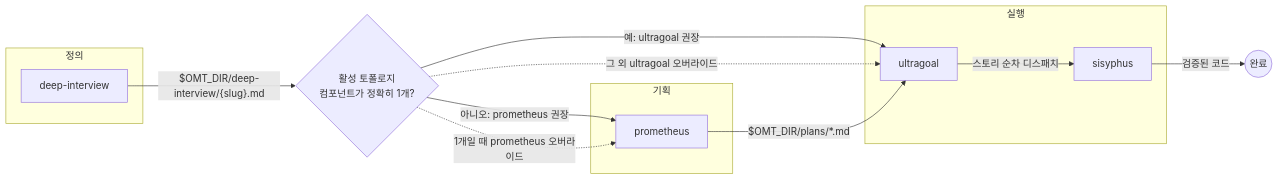
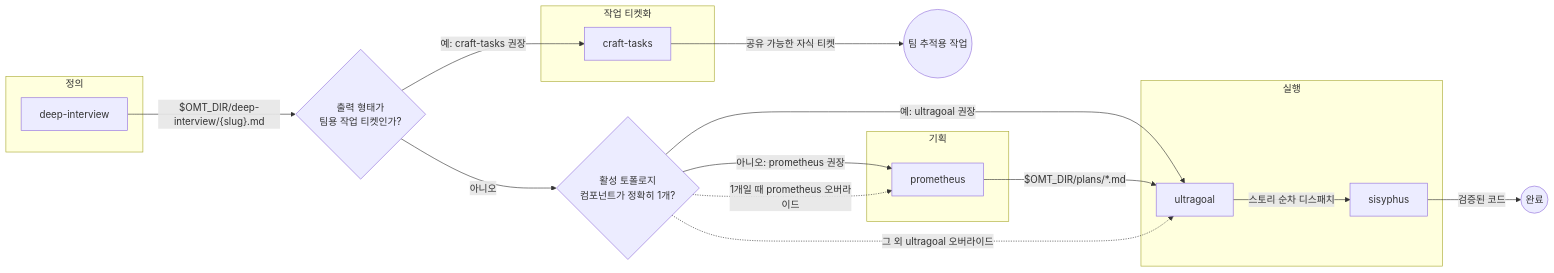
The first of 4 diagrams in docs/skills/core-pipeline.md (toongri/oh-my-toong-playground), drawn with Mermaid before and after one commit. The commit also changed other lines of this file and 1 other file, not shown here.

````diff
--- a/docs/skills/core-pipeline.md
+++ b/docs/skills/core-pipeline.md
@@ -44,22 +45,28 @@
 ```mermaid
 flowchart LR
     subgraph 정의
         deep["deep-interview"]
+    end
+    subgraph 작업 티켓화
+        craft["craft-tasks"]
     end
     subgraph 기획
         prometheus["prometheus"]
     end
     subgraph 실행
         ultragoal["ultragoal"]
         sisyphus["sisyphus"]
     end
 
-    deep -->|"$OMT_DIR/deep-interview/{slug}.md"| Route{활성 토폴로지<br/>컴포넌트가 정확히 1개?}
+    deep -->|"$OMT_DIR/deep-interview/{slug}.md"| Shape{출력 형태가<br/>팀용 작업 티켓인가?}
+    Shape -->|예: craft-tasks 권장| craft
+    Shape -->|아니오| Route{활성 토폴로지<br/>컴포넌트가 정확히 1개?}
     Route -->|예: ultragoal 권장| ultragoal
     Route -->|아니오: prometheus 권장| prometheus
     Route -.->|1개일 때 prometheus 오버라이드| prometheus
     Route -.->|그 외 ultragoal 오버라이드| ultragoal
+    craft -->|"공유 가능한 자식 티켓"| Tickets((팀 추적용 작업))
     prometheus -->|"$OMT_DIR/plans/*.md"| ultragoal
     ultragoal -->|"스토리 순차 디스패치"| sisyphus
     sisyphus -->|"검증된 코드"| Done((완료))
 ```
````
